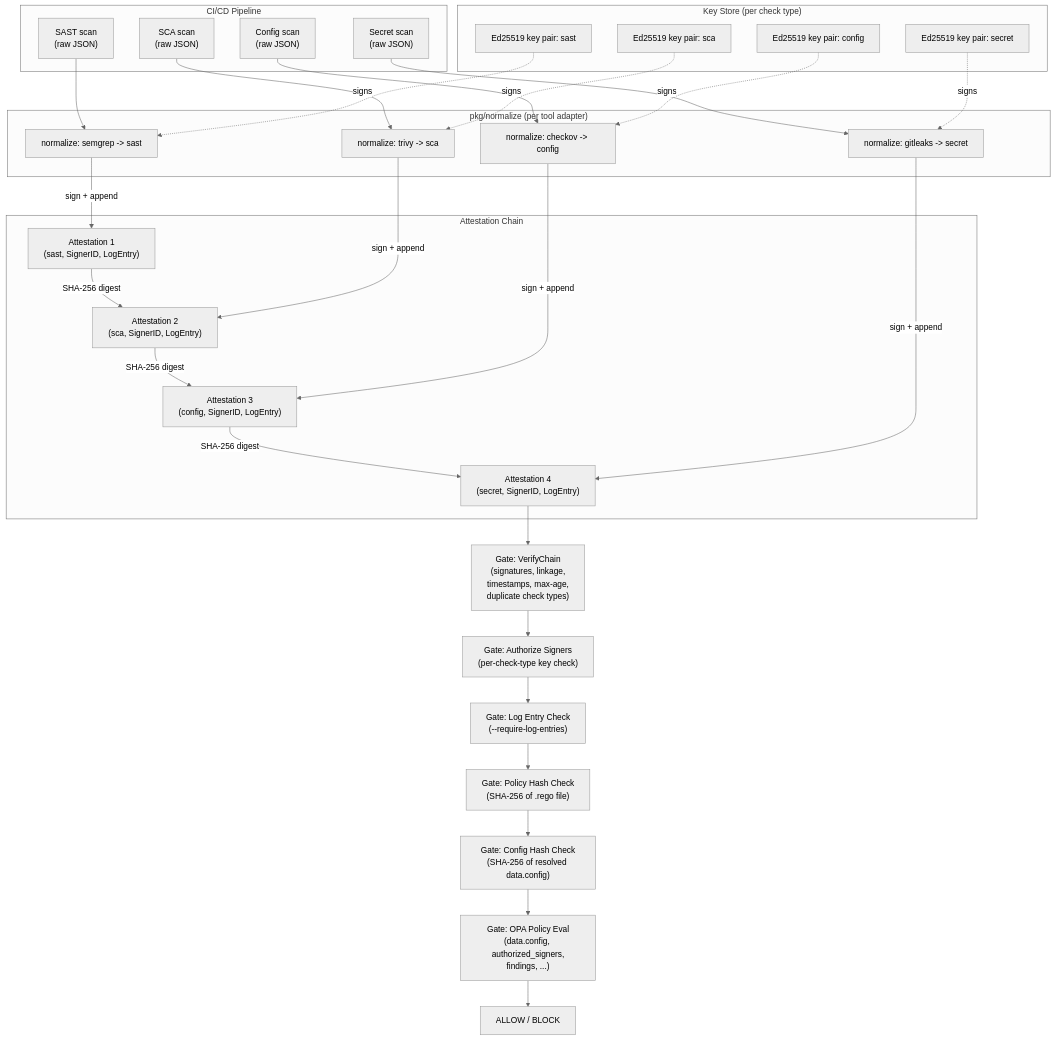
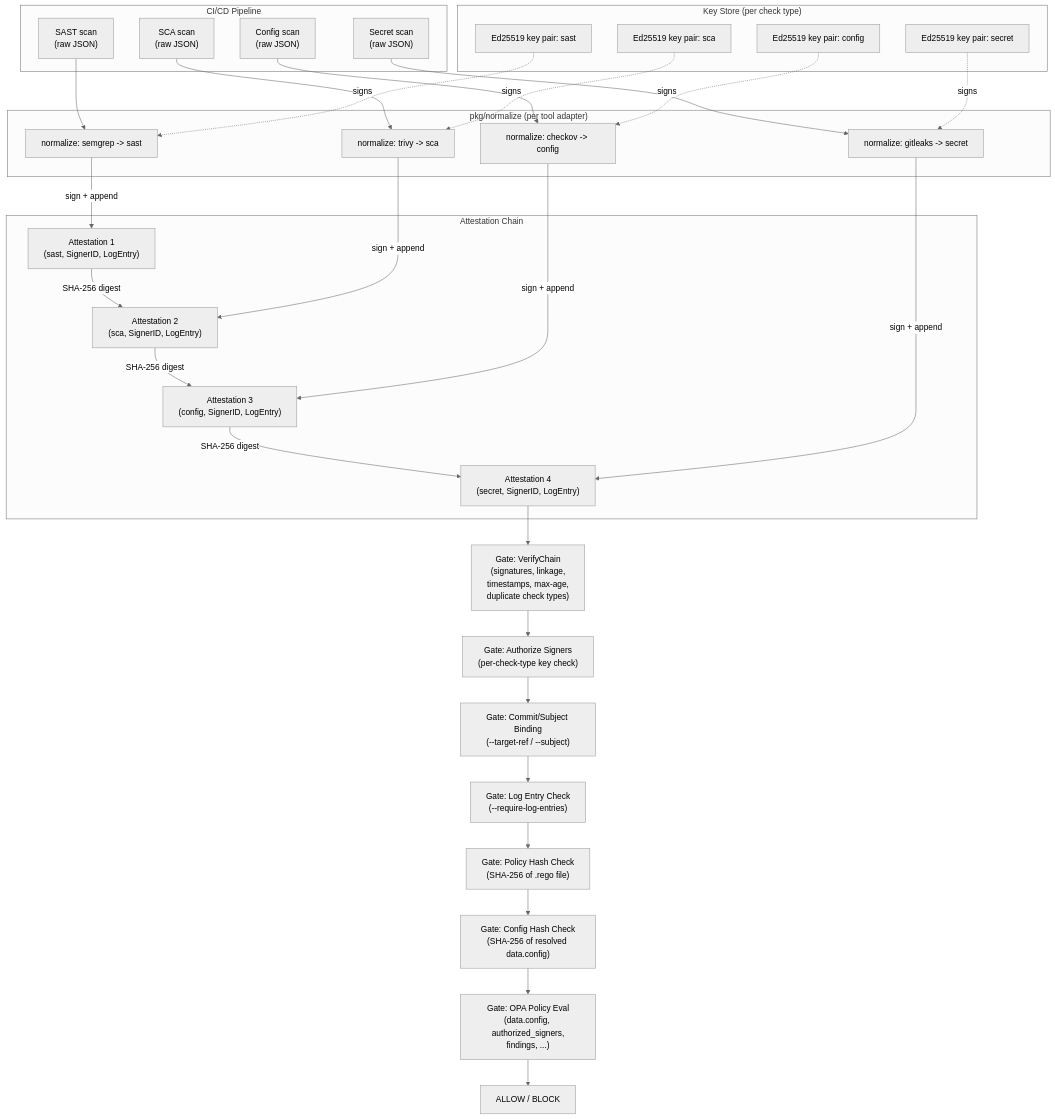
Before and after one commit to MemerGamer/devsecops-attestation: the diagram in docs/architecture.md, drawn with Mermaid (neutral theme). The commit also changed other lines of this file and 1 other file, not shown here.

First line of the commit message:
docs: order commit/subject binding before log entry check in gate docs

````diff
--- a/docs/architecture.md
+++ b/docs/architecture.md
@@ -7,56 +7,57 @@
 ```mermaid
 flowchart TB
     subgraph CI["CI/CD Pipeline"]
         SAST["SAST scan\n(raw JSON)"]
         SCA["SCA scan\n(raw JSON)"]
         CFG["Config scan\n(raw JSON)"]
         SEC["Secret scan\n(raw JSON)"]
     end
 
     subgraph NORM["pkg/normalize (per tool adapter)"]
         N1["normalize: semgrep -> sast"]
         N2["normalize: trivy -> sca"]
         N3["normalize: checkov -> config"]
         N4["normalize: gitleaks -> secret"]
     end
 
     subgraph KS["Key Store (per check type)"]
         K1["Ed25519 key pair: sast"]
         K2["Ed25519 key pair: sca"]
         K3["Ed25519 key pair: config"]
         K4["Ed25519 key pair: secret"]
     end
 
     subgraph AT["Attestation Chain"]
         A1["Attestation 1\n(sast, SignerID, LogEntry)"]
         A2["Attestation 2\n(sca, SignerID, LogEntry)"]
         A3["Attestation 3\n(config, SignerID, LogEntry)"]
         A4["Attestation 4\n(secret, SignerID, LogEntry)"]
         A1 -->|SHA-256 digest| A2
         A2 -->|SHA-256 digest| A3
         A3 -->|SHA-256 digest| A4
     end
 
     SAST --> N1
     SCA --> N2
     CFG --> N3
     SEC --> N4
 
     K1 -.->|signs| N1
     K2 -.->|signs| N2
     K3 -.->|signs| N3
     K4 -.->|signs| N4
 
     N1 -->|sign + append| A1
     N2 -->|sign + append| A2
     N3 -->|sign + append| A3
     N4 -->|sign + append| A4
 
     A4 --> GV["Gate: VerifyChain\n(signatures, linkage,\ntimestamps, max-age,\nduplicate check types)"]
     GV --> GA["Gate: Authorize Signers\n(per-check-type key check)"]
-    GA --> GL["Gate: Log Entry Check\n(--require-log-entries)"]
+    GA --> GB["Gate: Commit/Subject Binding\n(--target-ref / --subject)"]
+    GB --> GL["Gate: Log Entry Check\n(--require-log-entries)"]
     GL --> GH["Gate: Policy Hash Check\n(SHA-256 of .rego file)"]
     GH --> GC["Gate: Config Hash Check\n(SHA-256 of resolved data.config)"]
     GC --> GP["Gate: OPA Policy Eval\n(data.config, authorized_signers,\nfindings, ...)"]
     GP --> OUT["ALLOW / BLOCK"]
 ```
````
